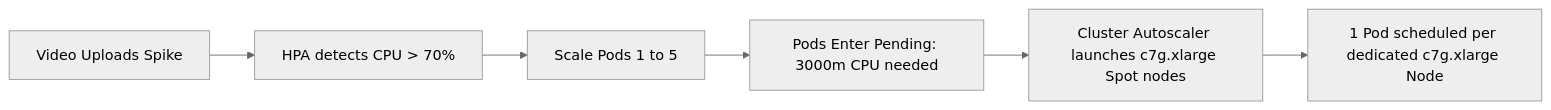
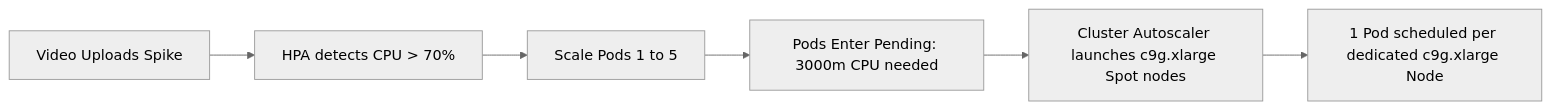
Before and after one commit to shumaiOne/shumai: the diagram in eks/README.md, drawn with Mermaid (neutral theme). The commit also changed other lines of this file and 3 other files, not shown here.

````diff
--- a/eks/README.md
+++ b/eks/README.md
@@ -93,8 +93,8 @@
 ```mermaid
 flowchart LR
     Upload[Video Uploads Spike] --> HPA[HPA detects CPU > 70%]
     HPA --> ScalePods[Scale Pods 1 to 5]
     ScalePods --> Pending[Pods Enter Pending: 3000m CPU needed]
-    Pending --> CA[Cluster Autoscaler launches c7g.xlarge Spot nodes]
-    CA --> Ready[1 Pod scheduled per dedicated c7g.xlarge Node]
+    Pending --> CA[Cluster Autoscaler launches c9g.xlarge Spot nodes]
+    CA --> Ready[1 Pod scheduled per dedicated c9g.xlarge Node]
 ```
````
